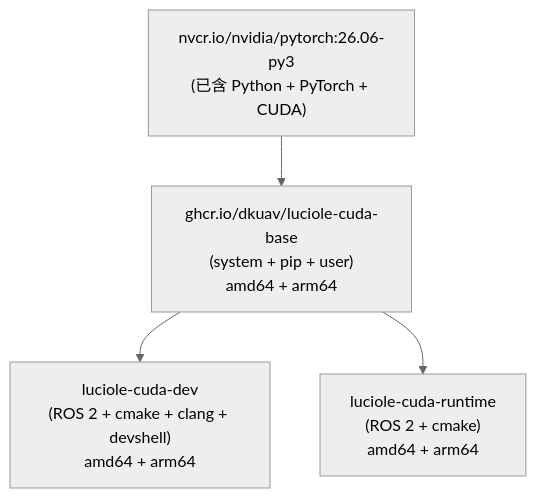
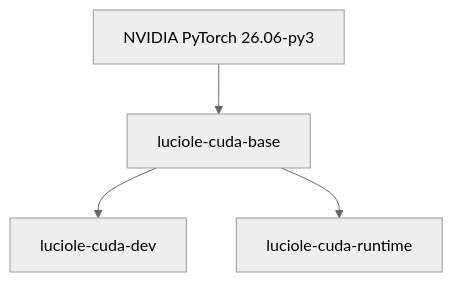
The first of 2 diagrams in README_zh.md (DKUAV/images), drawn with Mermaid (neutral theme) before and after one commit. The commit also changed other lines of this file and 39 other files, not shown here.

````diff
--- a/README_zh.md
+++ b/README_zh.md
@@ -11,7 +9,6 @@
 ```mermaid
 graph TD
-  C["nvcr.io/nvidia/pytorch:26.06-py3\n(已含 Python + PyTorch + CUDA)"] --> CB["ghcr.io/dkuav/luciole-cuda-base\n(system + pip + user)\namd64 + arm64"]
-
-  CB --> HCD["luciole-cuda-dev\n(ROS 2 + cmake + clang + devshell)\namd64 + arm64"]
-  CB --> HCR["luciole-cuda-runtime\n(ROS 2 + cmake)\namd64 + arm64"]
+  N["NVIDIA PyTorch 26.06-py3"] --> B["luciole-cuda-base"]
+  B --> D["luciole-cuda-dev"]
+  B --> R["luciole-cuda-runtime"]
 ```
````
